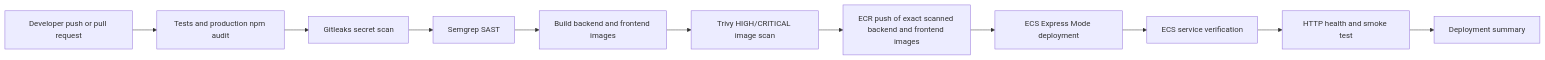
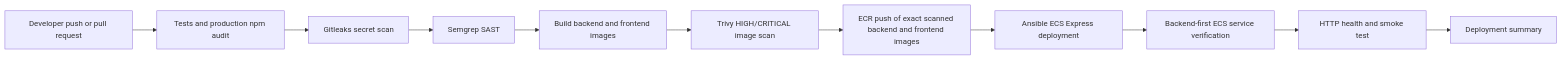
Before and after one commit to 25044598ShawnTayYaoTiing/C270-firefighter-dashboard: the diagram in docs/FA-L4-DEVSECOPS.md, drawn with Mermaid. The commit also changed other lines of this file and 20 other files, not shown here.

````diff
--- a/docs/FA-L4-DEVSECOPS.md
+++ b/docs/FA-L4-DEVSECOPS.md
@@ -13,13 +13,13 @@
 ```mermaid
 flowchart LR
   A[Developer push or pull request] --> B[Tests and production npm audit]
   B --> C[Gitleaks secret scan]
   C --> D[Semgrep SAST]
   D --> E[Build backend and frontend images]
   E --> F[Trivy HIGH/CRITICAL image scan]
   F --> G[ECR push of exact scanned backend and frontend images]
-  G --> H[ECS Express Mode deployment]
-  H --> I[ECS service verification]
+  G --> H[Ansible ECS Express deployment]
+  H --> I[Backend-first ECS service verification]
   I --> J[HTTP health and smoke test]
   J --> K[Deployment summary]
 ```
````
